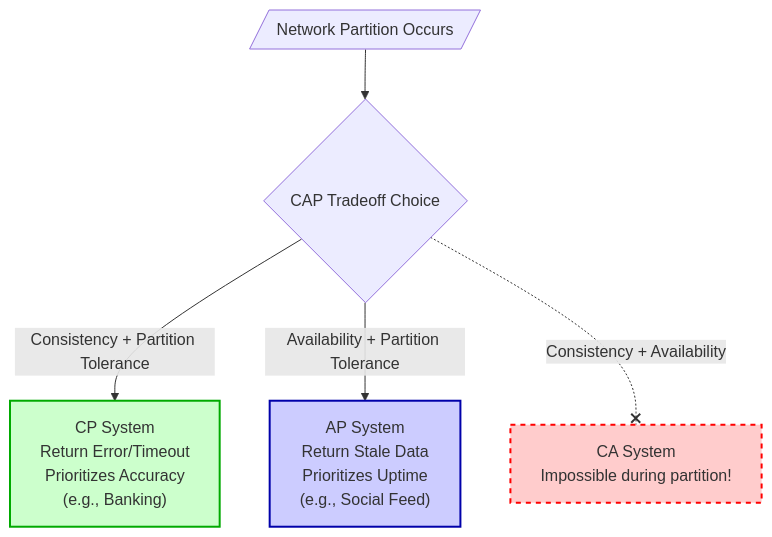
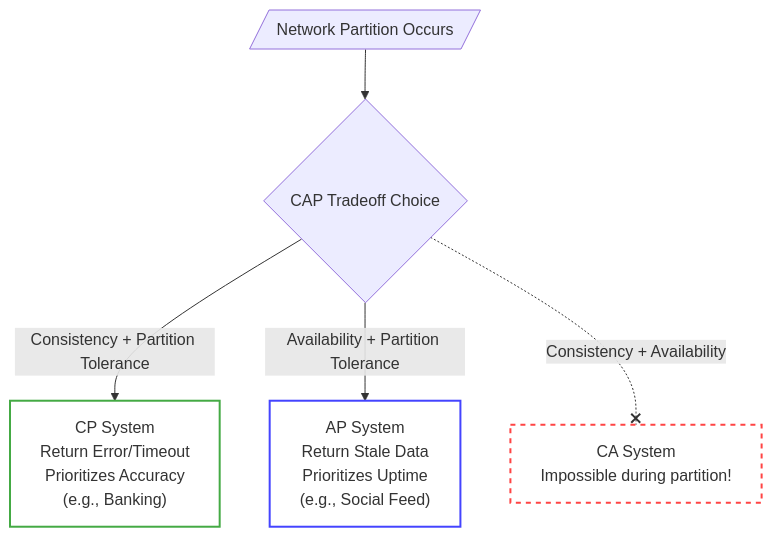
The diagram in fundamentals/cap-theorem.md (Solanki-rudra/system-design), drawn with Mermaid before and after one commit.

Commit message:
fix: flowchart of cap theorem

````diff
--- a/fundamentals/cap-theorem.md
+++ b/fundamentals/cap-theorem.md
@@ -13,23 +13,23 @@
 ```mermaid
 flowchart TD
     Partition[/Network Partition Occurs/]
     
     Partition --> Choice{"CAP Tradeoff Choice"}
     
     Choice -->|Consistency + Partition Tolerance| CP["CP System
     Return Error/Timeout
     Prioritizes Accuracy
     (e.g., Banking)"]
     
     Choice -->|Availability + Partition Tolerance| AP["AP System
     Return Stale Data
     Prioritizes Uptime
     (e.g., Social Feed)"]
     
     Choice -.-x|Consistency + Availability| CA["CA System
     Impossible during partition!"]
     
-    style CA fill:#ffcccc,stroke:#ff0000,stroke-width:2px,stroke-dasharray: 5 5
-    style CP fill:#ccffcc,stroke:#00aa00,stroke-width:2px
-    style AP fill:#ccccff,stroke:#0000aa,stroke-width:2px
+    style CA fill:none,stroke:#ff4444,stroke-width:2px,stroke-dasharray: 5 5
+    style CP fill:none,stroke:#44aa44,stroke-width:2px
+    style AP fill:none,stroke:#4444ff,stroke-width:2px
 ```
````
